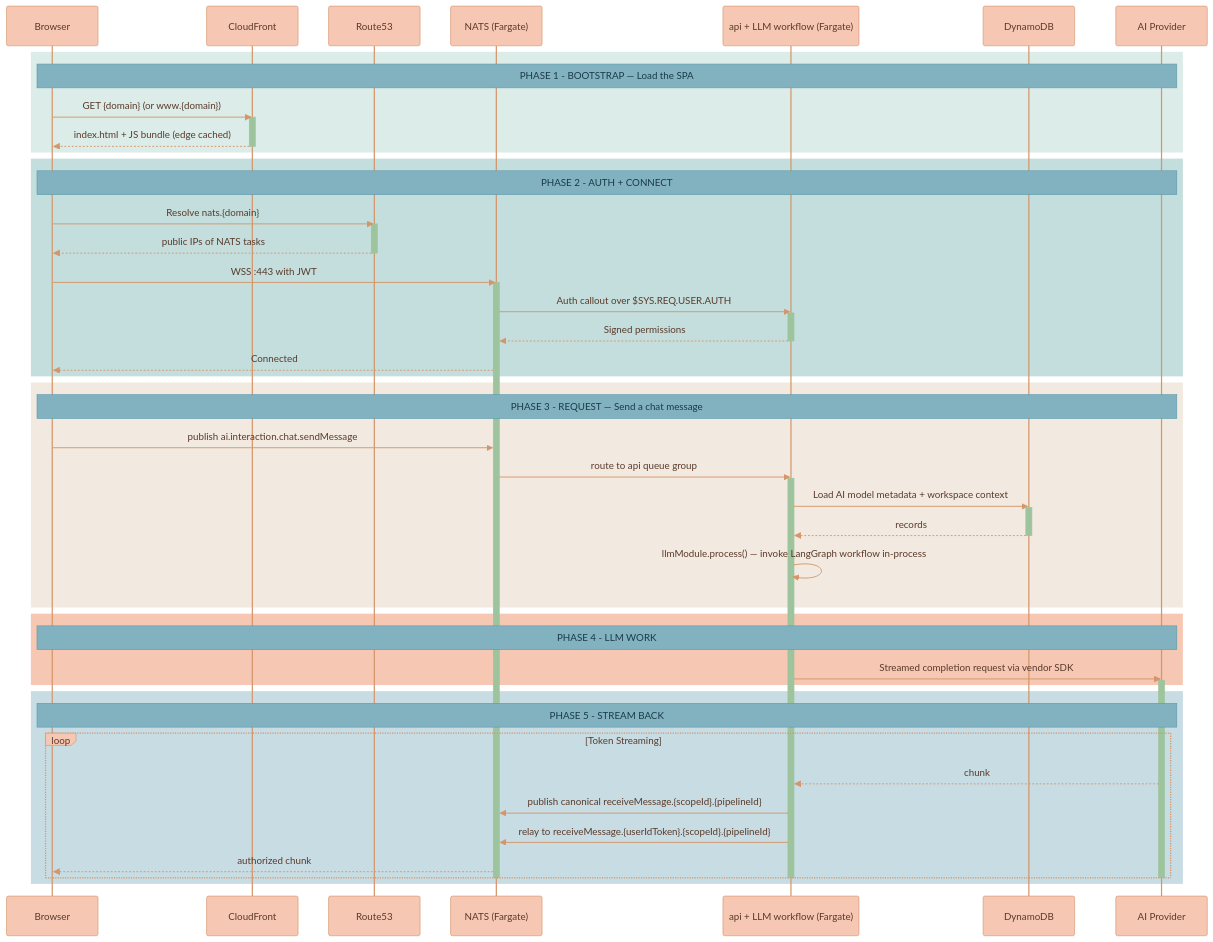
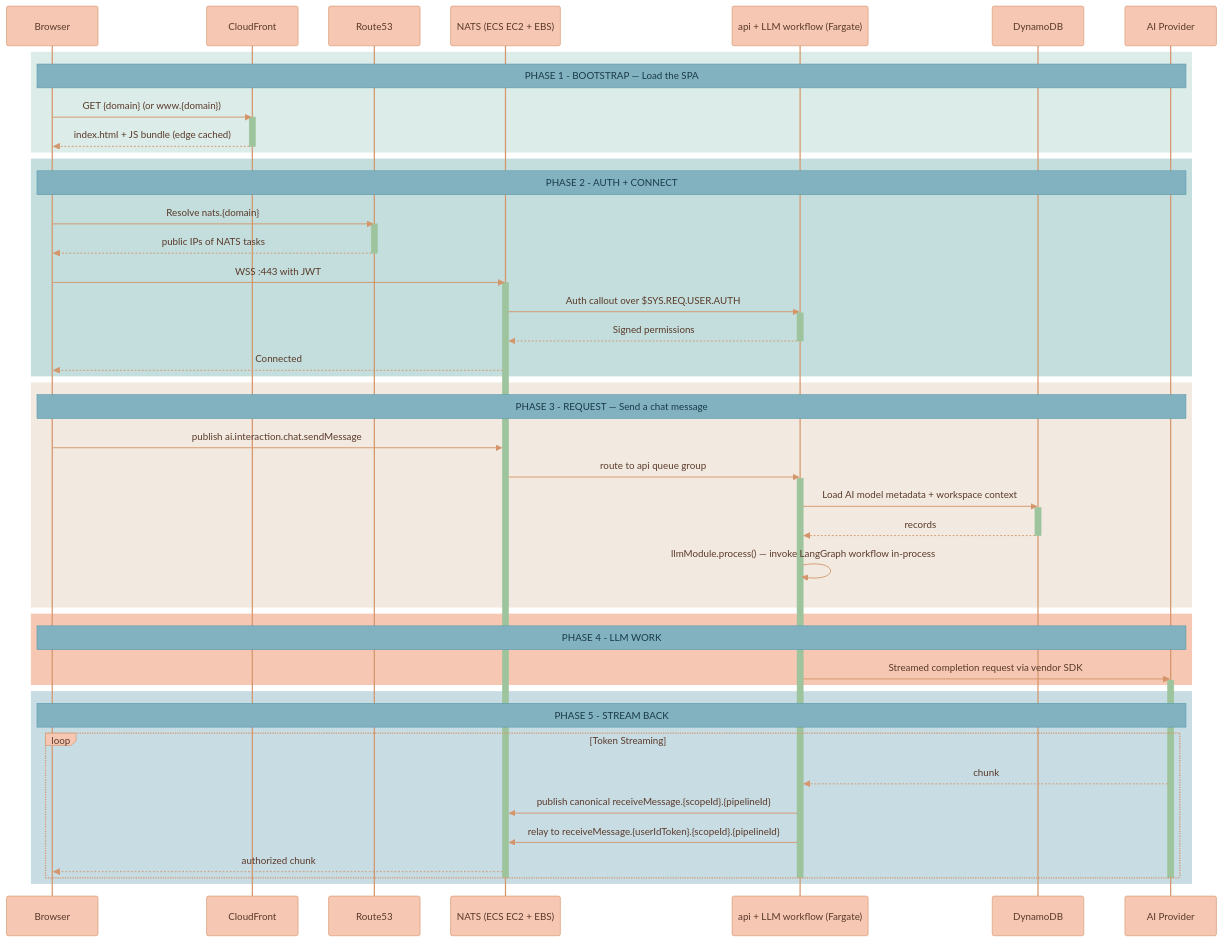
The fifth of 5 diagrams in documentation/platform/deployment/INFRASTRUCTURE-OVERVIEW.md (Lixpi/lixpi), drawn with Mermaid before and after one commit. The commit also changed other lines of this file and 380 other files, not shown here.

````diff
--- a/documentation/platform/deployment/INFRASTRUCTURE-OVERVIEW.md
+++ b/documentation/platform/deployment/INFRASTRUCTURE-OVERVIEW.md
@@ -384,65 +388,65 @@
 ```mermaid
 %%{init: {'theme': 'base', 'themeVariables': { 'noteBkgColor': '#82B2C0', 'noteTextColor': '#1a3a47', 'noteBorderColor': '#5a9aad', 'actorBkg': '#F6C7B3', 'actorBorder': '#d4956a', 'actorTextColor': '#5a3a2a', 'actorLineColor': '#d4956a', 'signalColor': '#d4956a', 'signalTextColor': '#5a3a2a', 'labelBoxBkgColor': '#F6C7B3', 'labelBoxBorderColor': '#d4956a', 'labelTextColor': '#5a3a2a', 'loopTextColor': '#5a3a2a', 'activationBorderColor': '#9DC49D', 'activationBkgColor': '#9DC49D', 'sequenceNumberColor': '#5a3a2a'}}}%%
 sequenceDiagram
     participant Browser
     participant CF as CloudFront
     participant R53 as Route53
-    participant NATS as NATS (Fargate)
+    participant NATS as NATS (ECS EC2 + EBS)
     participant API as api + LLM workflow (Fargate)
     participant DDB as DynamoDB
     participant AI as AI Provider
 
     rect rgb(220, 236, 233)
         Note over Browser, AI: PHASE 1 - BOOTSTRAP — Load the SPA
         Browser->>CF: GET {domain} (or www.{domain})
         activate CF
         CF-->>Browser: index.html + JS bundle (edge cached)
         deactivate CF
     end
 
     rect rgb(195, 222, 221)
         Note over Browser, AI: PHASE 2 - AUTH + CONNECT
         Browser->>R53: Resolve nats.{domain}
         activate R53
         R53-->>Browser: public IPs of NATS tasks
         deactivate R53
         Browser->>NATS: WSS :443 with JWT
         activate NATS
         NATS->>API: Auth callout over $SYS.REQ.USER.AUTH
         activate API
         API-->>NATS: Signed permissions
         deactivate API
         NATS-->>Browser: Connected
     end
 
     rect rgb(242, 234, 224)
         Note over Browser, AI: PHASE 3 - REQUEST — Send a chat message
         Browser->>NATS: publish ai.interaction.chat.sendMessage
         NATS->>API: route to api queue group
         activate API
         API->>DDB: Load AI model metadata + workspace context
         activate DDB
         DDB-->>API: records
         deactivate DDB
         API->>API: llmModule.process() — invoke LangGraph workflow in-process
     end
 
     rect rgb(246, 199, 179)
         Note over Browser, AI: PHASE 4 - LLM WORK
         API->>AI: Streamed completion request via vendor SDK
         activate AI
     end
 
     rect rgb(200, 220, 228)
         Note over Browser, AI: PHASE 5 - STREAM BACK
         loop Token Streaming
             AI-->>API: chunk
             API->>NATS: publish canonical receiveMessage.{scopeId}.{pipelineId}
             API->>NATS: relay to receiveMessage.{userIdToken}.{scopeId}.{pipelineId}
             NATS-->>Browser: authorized chunk
         end
         deactivate AI
         deactivate API
         deactivate NATS
     end
 ```
````
